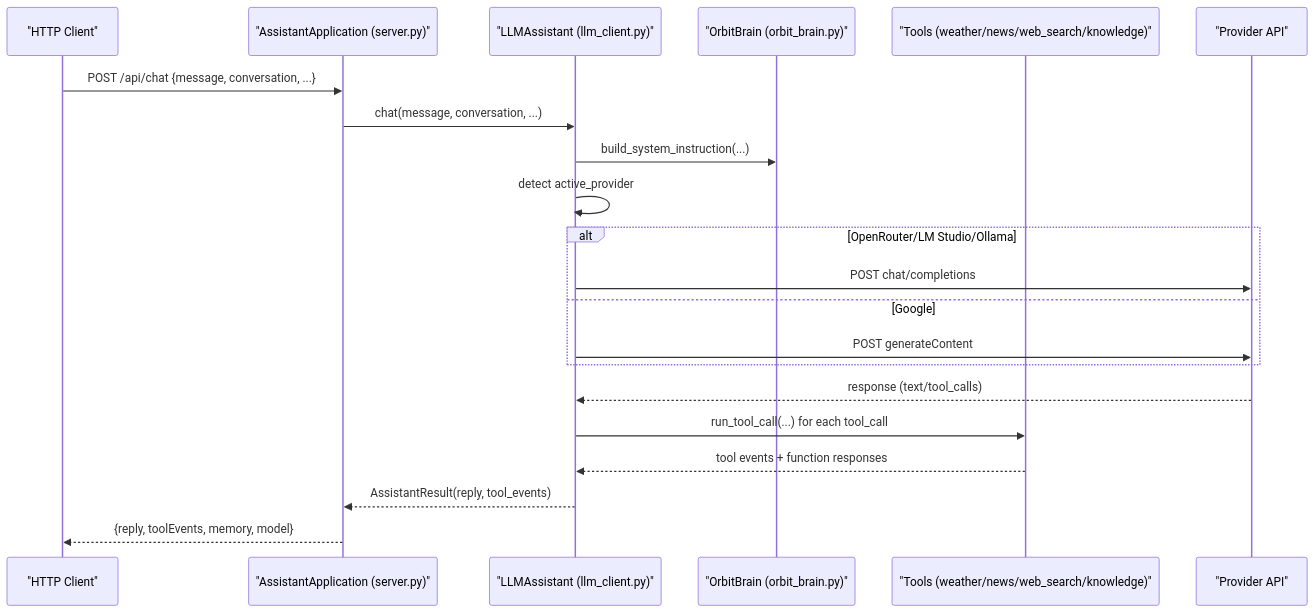
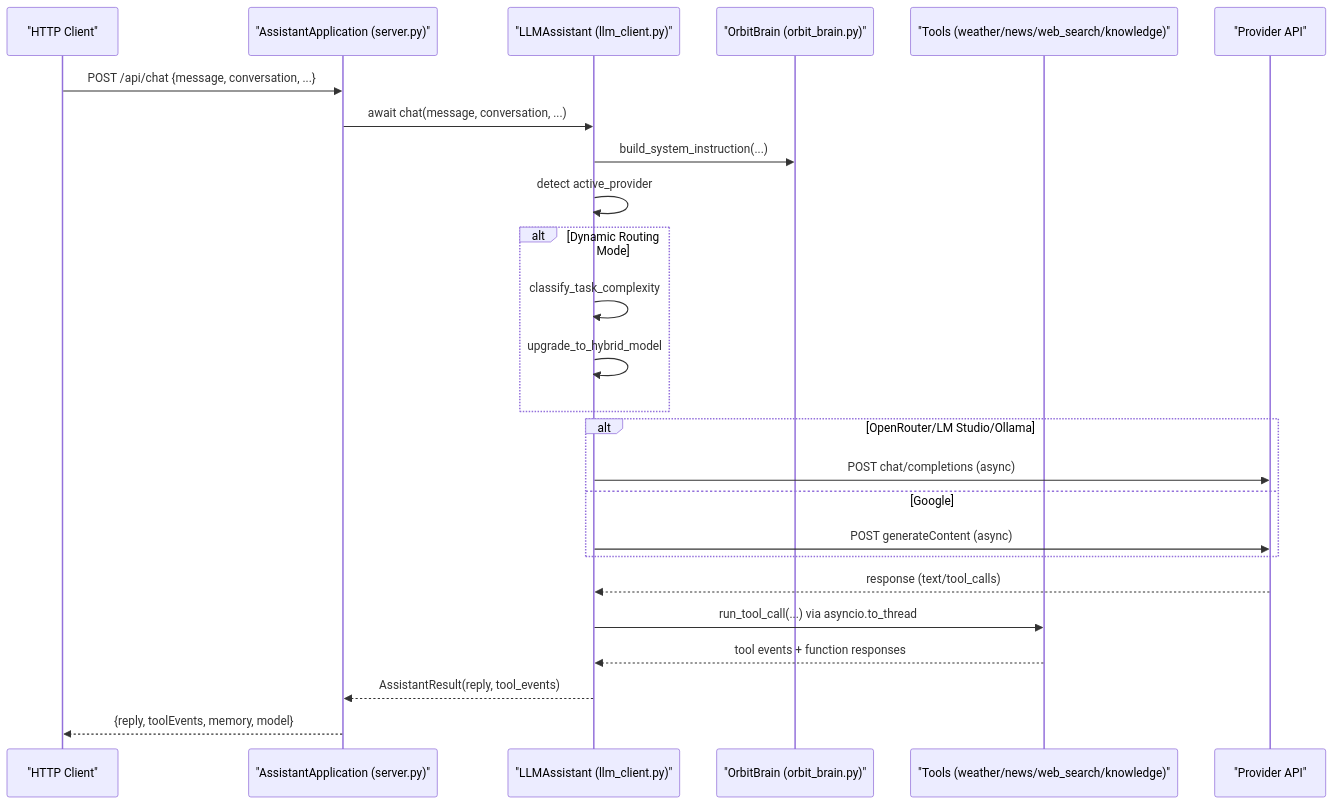
One commit to Sovetsky-Soyuz/AI-Assistant changed the second of 8 diagrams in .qoder/repowiki/en/content/Backend Components/LLM Integration Layer/Client Architecture and Factory Pattern.md. Above: the diagram before and after it, drawn with Mermaid. The commit also changed other lines of this file and 10 other files, not shown here.

````diff
--- a/.qoder/repowiki/en/content/Backend Components/LLM Integration Layer/Client Architecture and Factory Pattern.md
+++ b/.qoder/repowiki/en/content/Backend Components/LLM Integration Layer/Client Architecture and Factory Pattern.md
@@ -83,23 +92,27 @@
 ```mermaid
 sequenceDiagram
 participant Client as "HTTP Client"
 participant Server as "AssistantApplication (server.py)"
 participant Assistant as "LLMAssistant (llm_client.py)"
 participant Brain as "OrbitBrain (orbit_brain.py)"
 participant Tools as "Tools (weather/news/web_search/knowledge)"
 participant Provider as "Provider API"
 Client->>Server : POST /api/chat {message, conversation, ...}
-Server->>Assistant : chat(message, conversation, ...)
+Server->>Assistant : await chat(message, conversation, ...)
 Assistant->>Brain : build_system_instruction(...)
 Assistant->>Assistant : detect active_provider
+alt Dynamic Routing Mode
+Assistant->>Assistant : classify_task_complexity
+Assistant->>Assistant : upgrade_to_hybrid_model
+end
 alt OpenRouter/LM Studio/Ollama
-Assistant->>Provider : POST chat/completions
+Assistant->>Provider : POST chat/completions (async)
 else Google
-Assistant->>Provider : POST generateContent
+Assistant->>Provider : POST generateContent (async)
 end
 Provider-->>Assistant : response (text/tool_calls)
-Assistant->>Tools : run_tool_call(...) for each tool_call
+Assistant->>Tools : run_tool_call(...) via asyncio.to_thread
 Tools-->>Assistant : tool events + function responses
 Assistant-->>Server : AssistantResult(reply, tool_events)
 Server-->>Client : {reply, toolEvents, memory, model}
 ```
````
